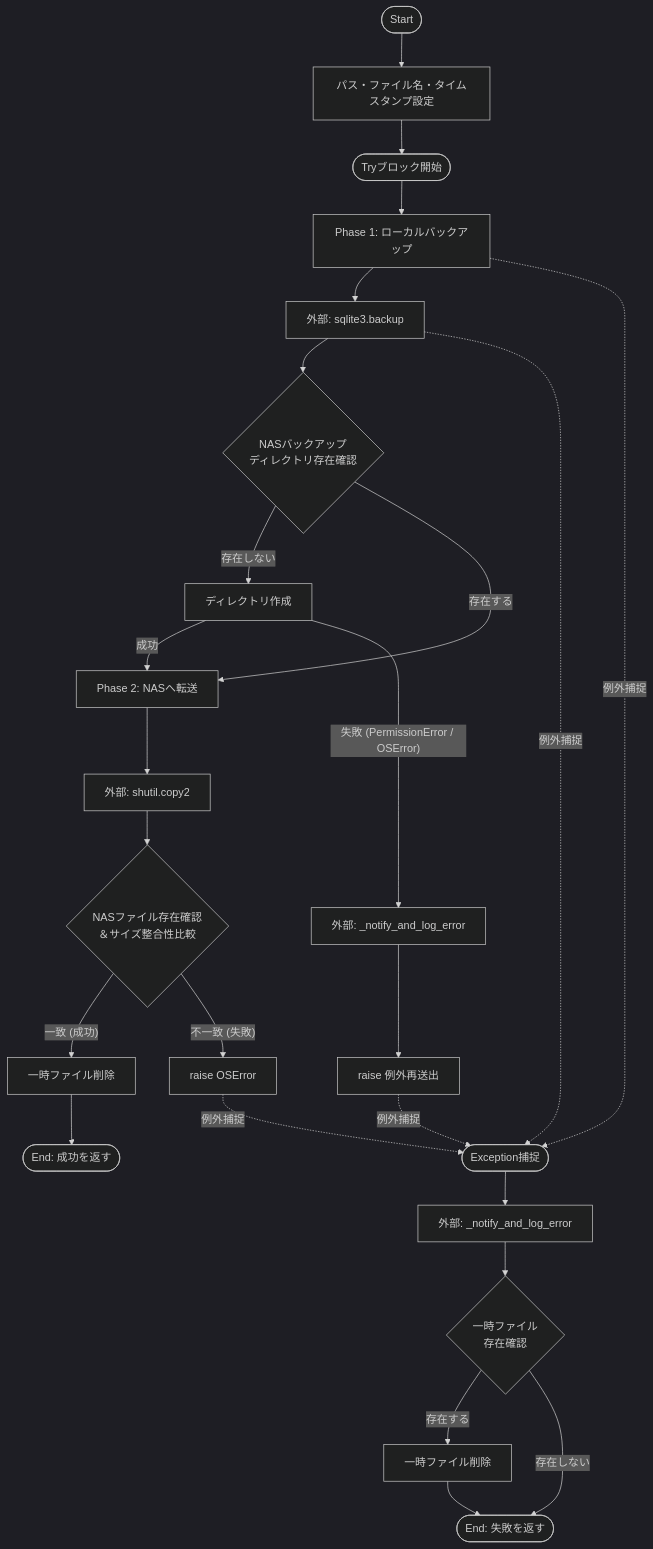
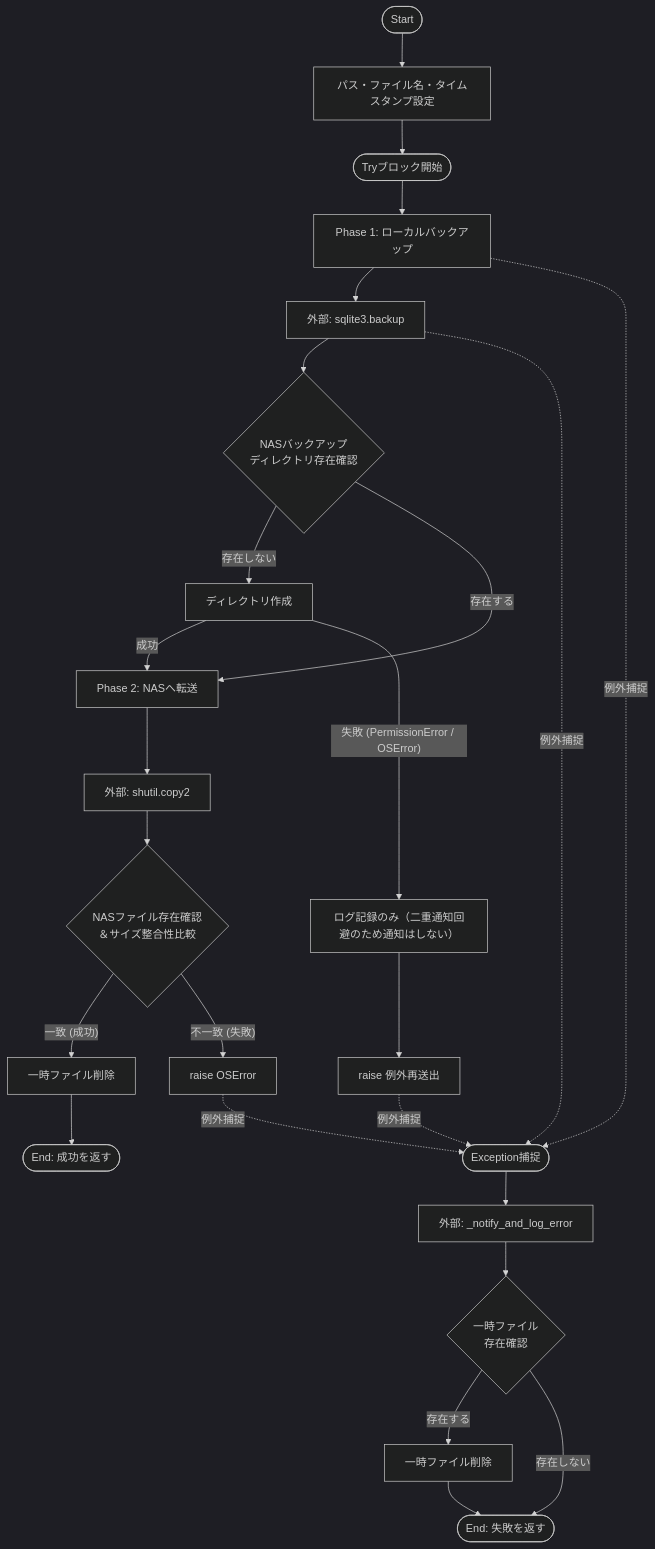
The first of 2 diagrams in docs/specifications/MY_HOME_SYSTEM/backup_service.md (mmtigers/my_python_project), drawn with Mermaid (dark theme) before and after one commit. The commit also changed other lines of this file and 47 other files, not shown here.

````diff
--- a/docs/specifications/MY_HOME_SYSTEM/backup_service.md
+++ b/docs/specifications/MY_HOME_SYSTEM/backup_service.md
@@ -104,35 +104,35 @@
 ```mermaid
 flowchart TD
   Start([Start]) --> Init[パス・ファイル名・タイムスタンプ設定]
   Init --> TryStart([Tryブロック開始])
 
   TryStart --> Phase1[Phase 1: ローカルバックアップ]
   Phase1 --> SQLiteBackup[外部: sqlite3.backup]
   SQLiteBackup --> CheckNASDir{NASバックアップ\nディレクトリ存在確認}
 
   CheckNASDir -- 存在しない --> TryCreateDir[ディレクトリ作成]
   TryCreateDir -- 成功 --> CopyNAS
-  TryCreateDir -- "失敗 (PermissionError / OSError)" --> CatchDirErr[外部: _notify_and_log_error]
-  CatchDirErr --> RaiseDirErr[raise 例外再送出]
+  TryCreateDir -- "失敗 (PermissionError / OSError)" --> LogDirErr["ログ記録のみ（二重通知回避のため通知はしない）"]
+  LogDirErr --> RaiseDirErr[raise 例外再送出]
 
   CheckNASDir -- 存在する --> CopyNAS[Phase 2: NASへ転送]
   CopyNAS --> ShutilCopy[外部: shutil.copy2]
 
   ShutilCopy --> Validate{NASファイル存在確認\n＆サイズ整合性比較}
   Validate -- "一致 (成功)" --> RemoveTempSuccess[一時ファイル削除]
   RemoveTempSuccess --> ReturnSuccess([End: 成功を返す])
 
   Validate -- "不一致 (失敗)" --> RaiseOSError[raise OSError]
 
   RaiseDirErr -. "例外捕捉" .-> GlobalCatch
   RaiseOSError -. "例外捕捉" .-> GlobalCatch
   Phase1 -. "例外捕捉" .-> GlobalCatch
   SQLiteBackup -. "例外捕捉" .-> GlobalCatch
 
   GlobalCatch([Exception捕捉]) --> NotifyError[外部: _notify_and_log_error]
   NotifyError --> CheckTemp{一時ファイル\n存在確認}
   CheckTemp -- 存在する --> RemoveTempFail[一時ファイル削除]
   RemoveTempFail --> ReturnFail([End: 失敗を返す])
   CheckTemp -- 存在しない --> ReturnFail
 
 ```
````
